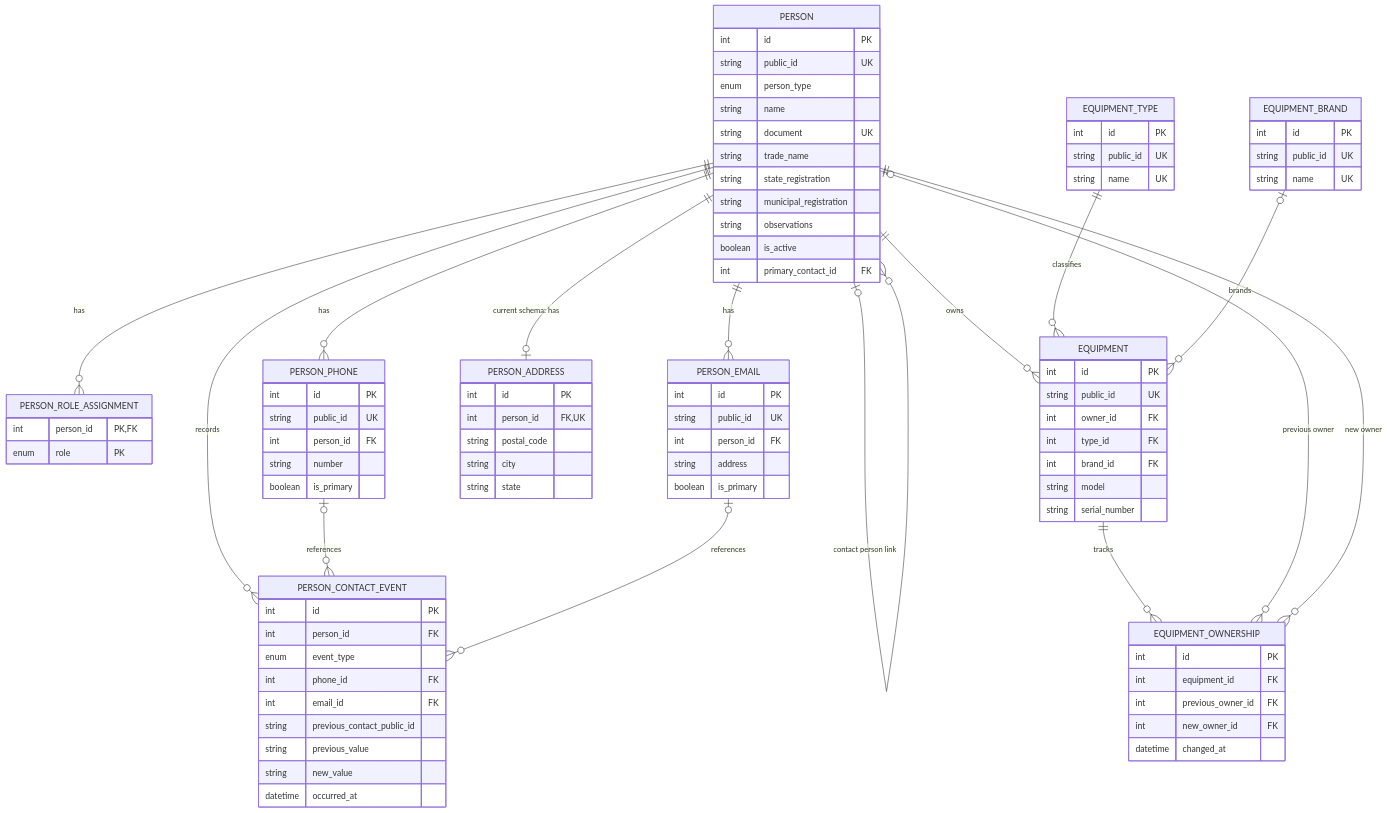
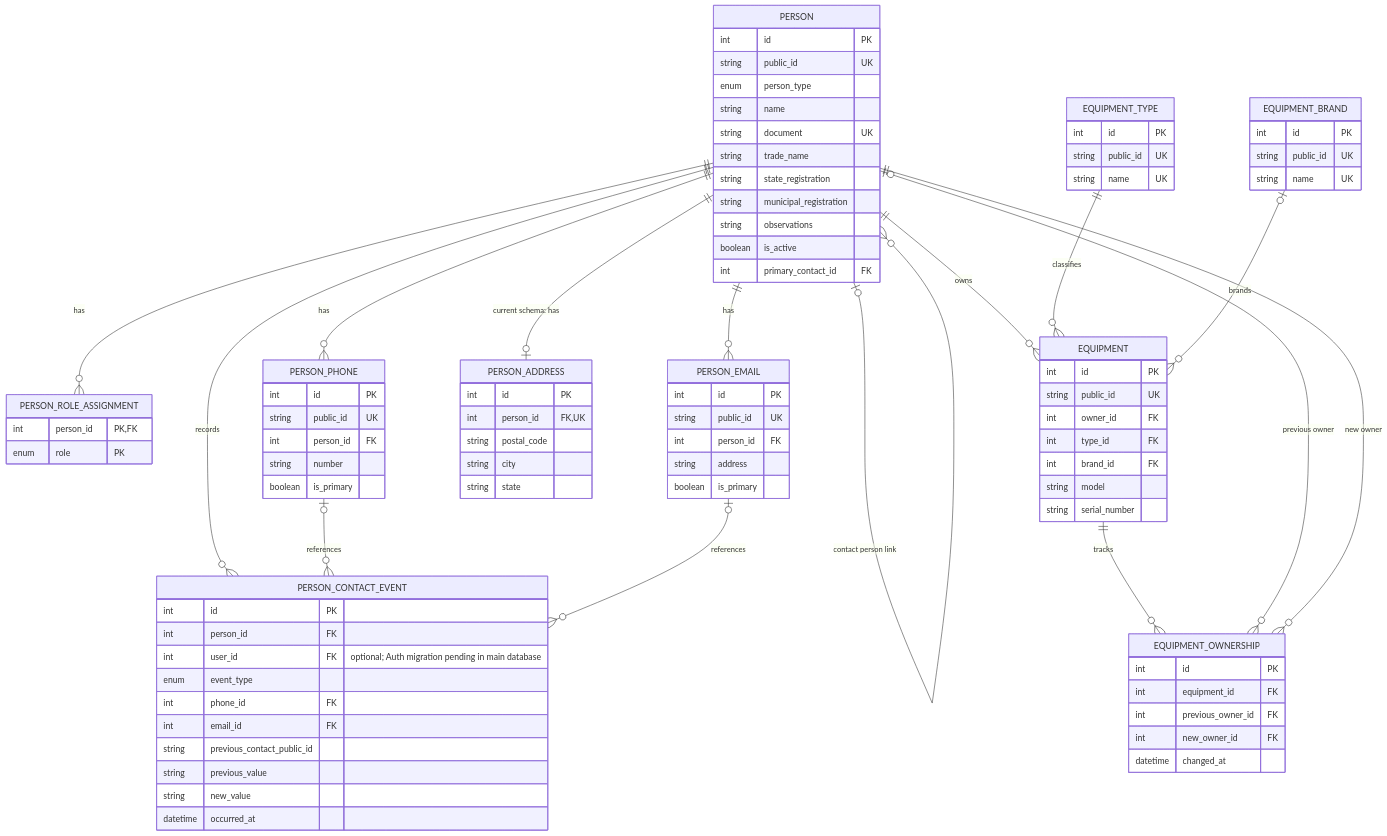
Before and after one commit to Noteduke/SistemaGestorOS: the first of 2 diagrams in docs/modelagem/Diagrama-Entidades.md, drawn with Mermaid. The commit also changed other lines of this file and 12 other files, not shown here.

Commit message:
docs(auth): record implemented backend first slice and pending deployment

```diff
--- a/docs/modelagem/Diagrama-Entidades.md
+++ b/docs/modelagem/Diagrama-Entidades.md
@@ -65,6 +65,7 @@
   PERSON_CONTACT_EVENT {
     int id PK
     int person_id FK
+    int user_id FK "optional; Auth migration pending in main database"
     enum event_type
     int phone_id FK
     int email_id FK
```
